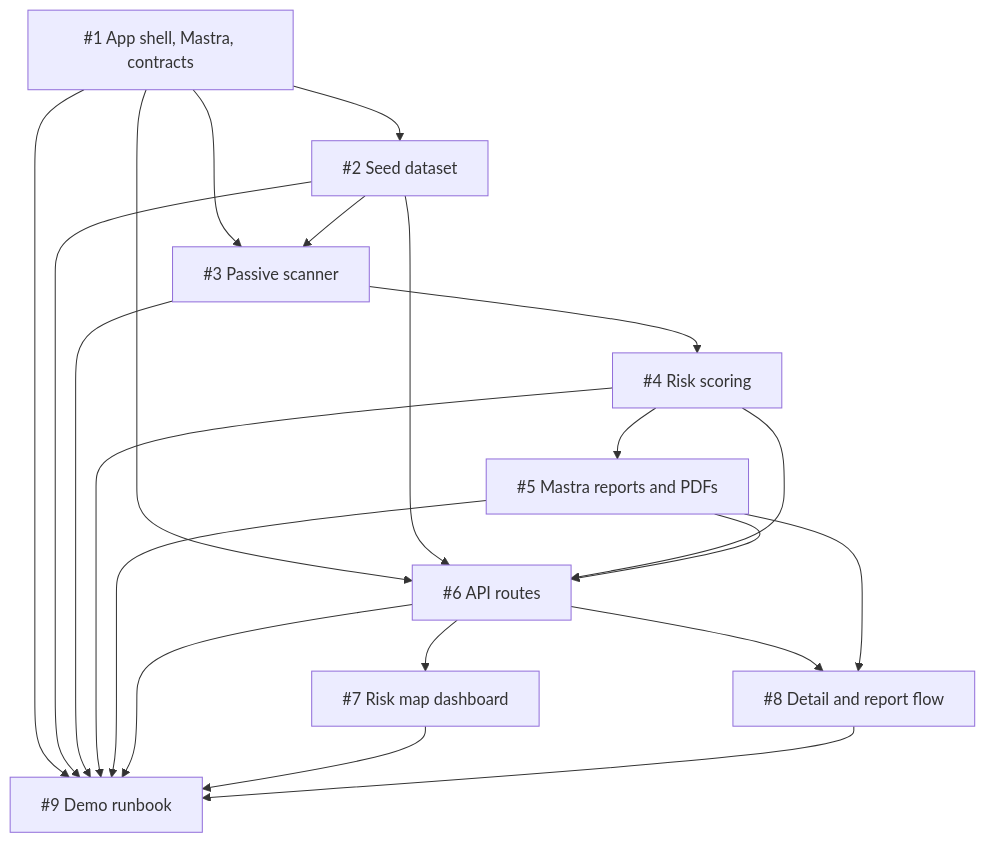
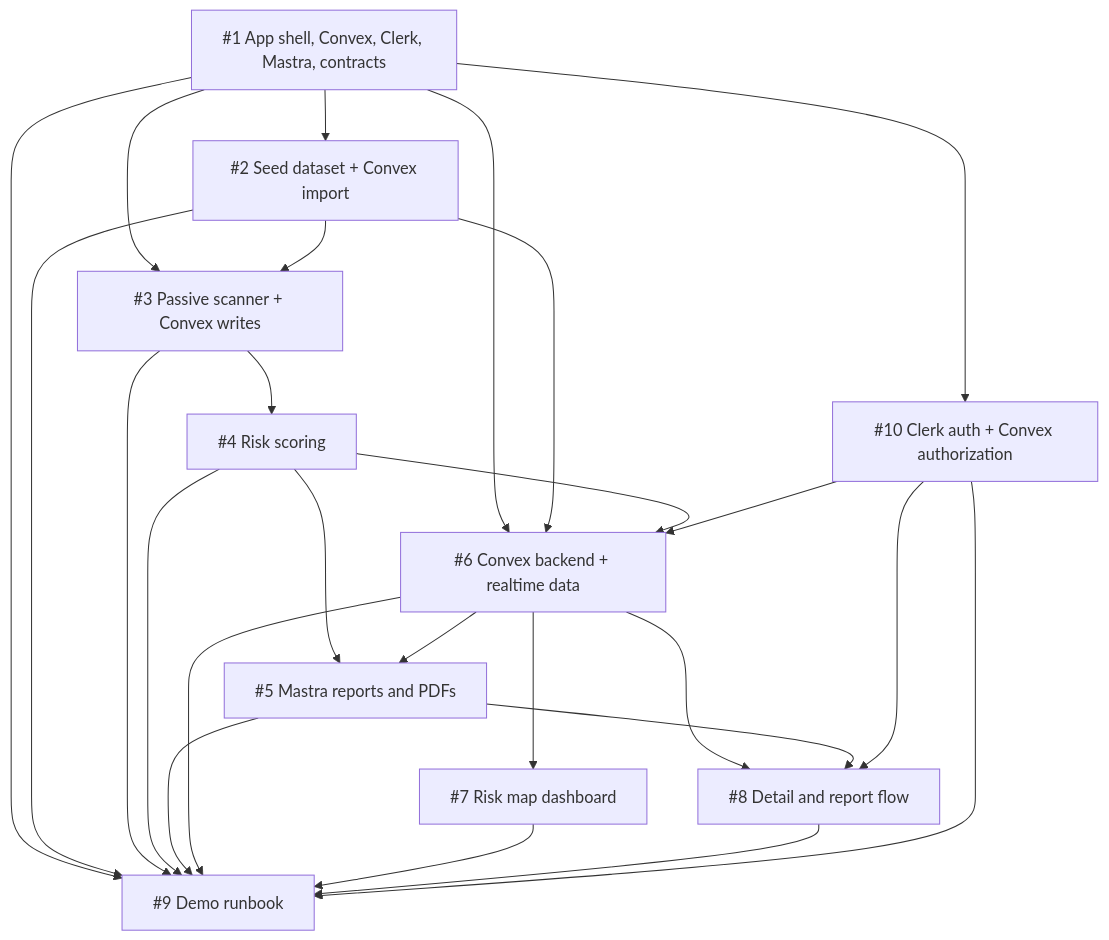
Before and after one commit to jerif118/OpenBreach: the second of 3 diagrams in README.md, drawn with Mermaid. The commit also changed other lines of this file and 1 other file, not shown here.

First line of the commit message:
docs: integrate Convex backend and Clerk auth into project plan

````diff
--- a/README.md
+++ b/README.md
@@ -189,33 +211,38 @@
 ```mermaid
 flowchart TD
-  I1["#1 App shell, Mastra, contracts"]
-  I2["#2 Seed dataset"]
-  I3["#3 Passive scanner"]
+  I1["#1 App shell, Convex, Clerk, Mastra, contracts"]
+  I2["#2 Seed dataset + Convex import"]
+  I3["#3 Passive scanner + Convex writes"]
   I4["#4 Risk scoring"]
   I5["#5 Mastra reports and PDFs"]
-  I6["#6 API routes"]
+  I6["#6 Convex backend + realtime data"]
   I7["#7 Risk map dashboard"]
   I8["#8 Detail and report flow"]
   I9["#9 Demo runbook"]
+  I10["#10 Clerk auth + Convex authorization"]
 
   I1 --> I2
   I1 --> I3
+  I1 --> I10
   I2 --> I3
   I3 --> I4
-  I4 --> I5
   I1 --> I6
   I2 --> I6
   I4 --> I6
-  I5 --> I6
+  I10 --> I6
+  I4 --> I5
+  I6 --> I5
   I6 --> I7
   I6 --> I8
   I5 --> I8
+  I10 --> I8
   I1 --> I9
   I2 --> I9
   I3 --> I9
   I4 --> I9
   I5 --> I9
   I6 --> I9
   I7 --> I9
   I8 --> I9
+  I10 --> I9
 ```
````
